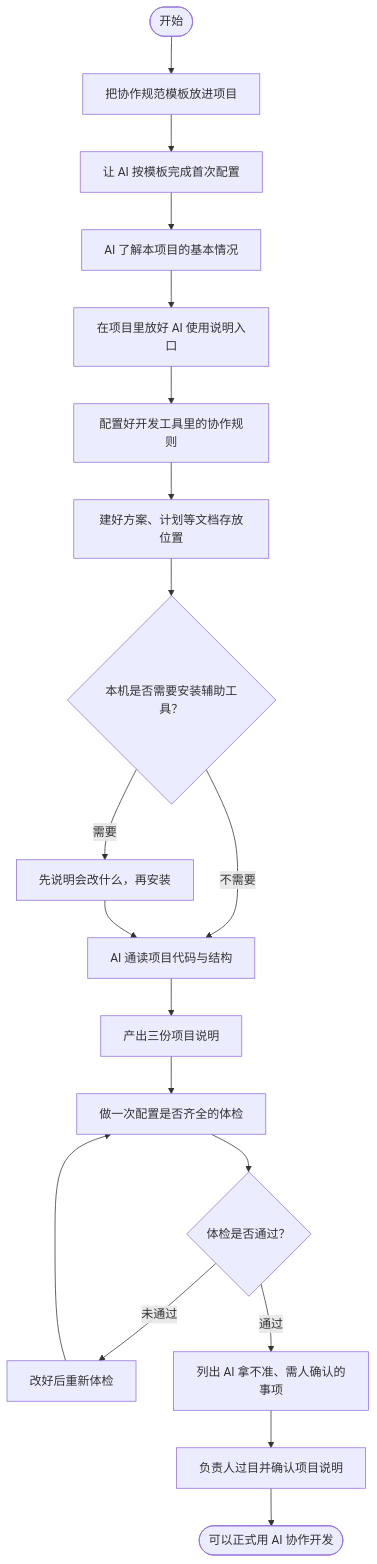
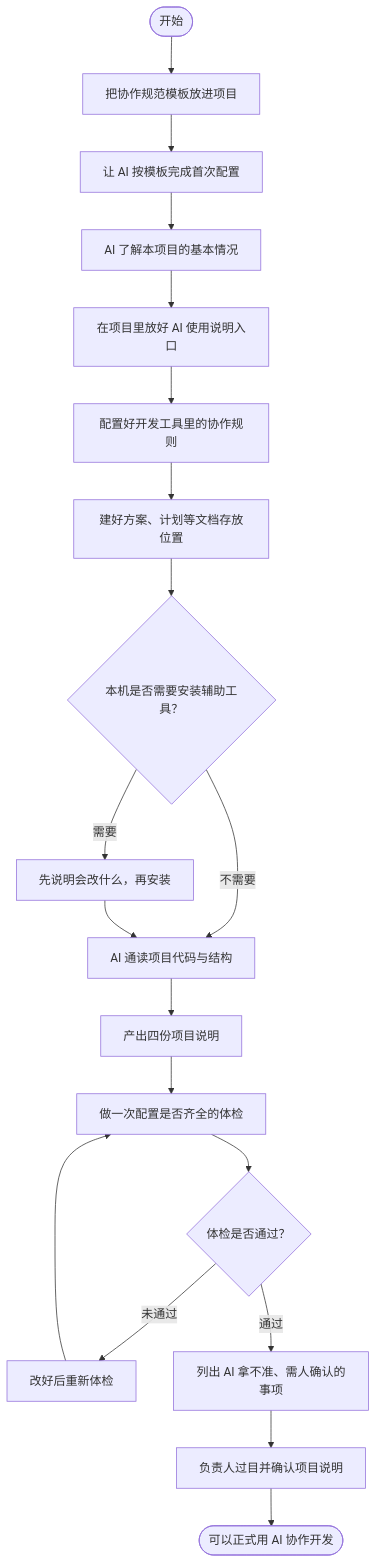
One commit to wrysmil/harness-kit changed the first of 2 diagrams in README.md. Above: the diagram before and after it, drawn with Mermaid. The commit also changed other lines of this file and 19 other files, not shown here.

````diff
--- a/README.md
+++ b/README.md
@@ -114,21 +114,21 @@
 ```mermaid
 flowchart TD
     A([开始]) --> B[把协作规范模板放进项目]
     B --> C[让 AI 按模板完成首次配置]
     C --> D[AI 了解本项目的基本情况]
     D --> E[在项目里放好 AI 使用说明入口]
     E --> F[配置好开发工具里的协作规则]
     F --> G[建好方案、计划等文档存放位置]
     G --> H{本机是否需要安装辅助工具？}
     H -->|需要| I[先说明会改什么，再安装]
     H -->|不需要| J[AI 通读项目代码与结构]
     I --> J
-    J --> K[产出三份项目说明]
+    J --> K[产出四份项目说明]
     K --> L[做一次配置是否齐全的体检]
     L --> M{体检是否通过？}
     M -->|未通过| N[改好后重新体检]
     N --> L
     M -->|通过| O[列出 AI 拿不准、需人确认的事项]
     O --> P[负责人过目并确认项目说明]
     P --> Q([可以正式用 AI 协作开发])
 ```
````
